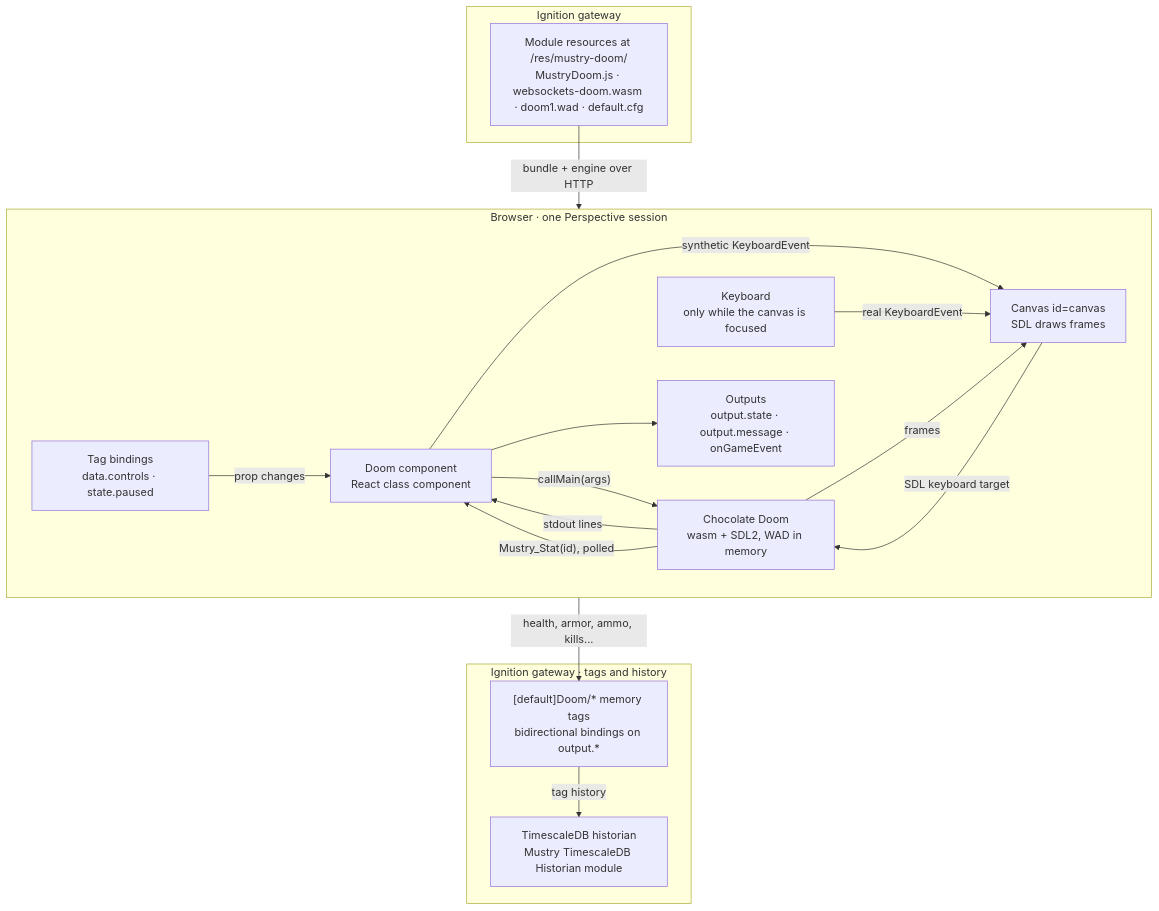
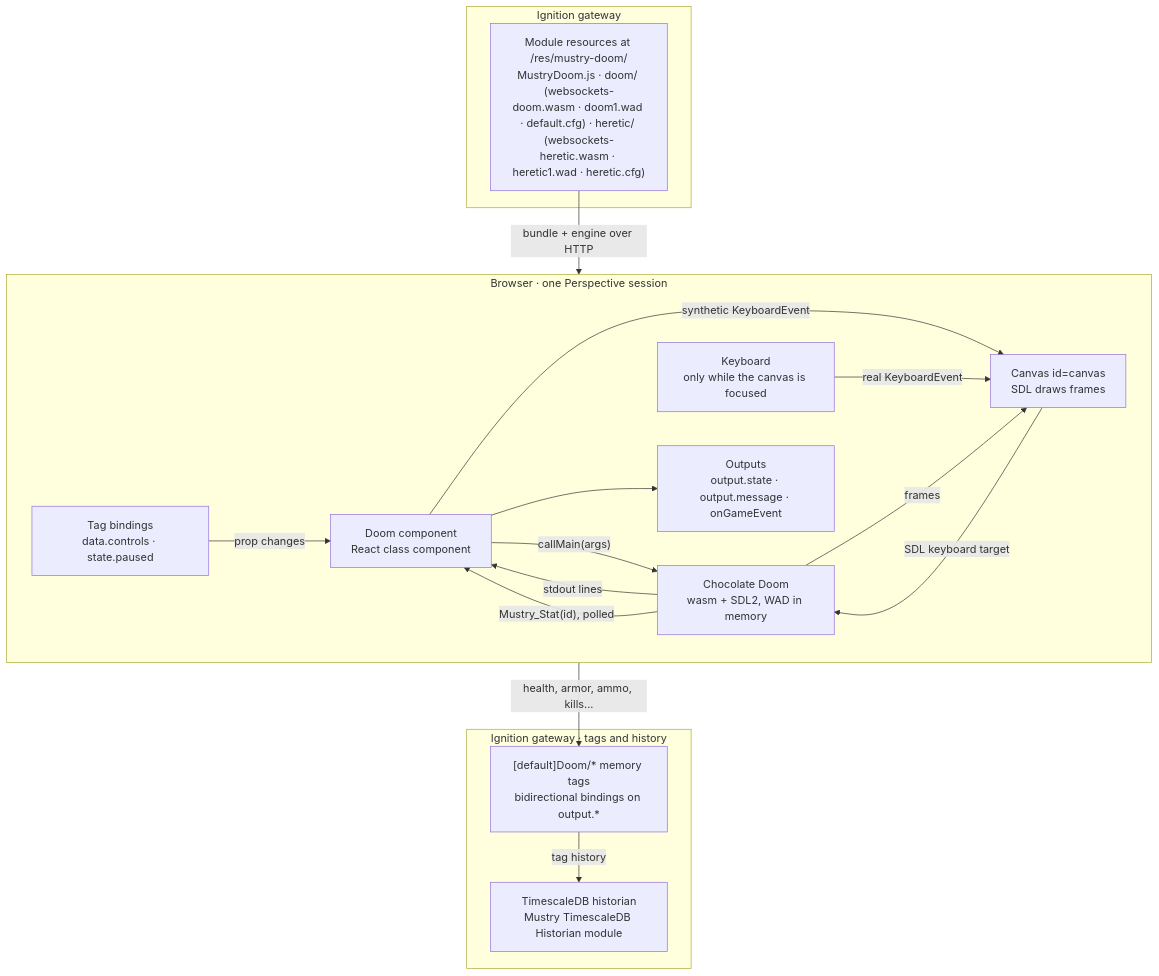
The diagram in docs/reference.md (Mustry-Solutions/ignition-doom-module), drawn with Mermaid before and after one commit. The commit also changed other lines of this file and 27 other files, not shown here.

````diff
--- a/docs/reference.md
+++ b/docs/reference.md
@@ -8,34 +8,34 @@
 ```mermaid
 flowchart TB
     subgraph GW[Ignition gateway]
-        RES["Module resources at /res/mustry-doom/<br/>MustryDoom.js · websockets-doom.wasm · doom1.wad · default.cfg"]
+        RES["Module resources at /res/mustry-doom/<br/>MustryDoom.js · doom/ (websockets-doom.wasm · doom1.wad · default.cfg) · heretic/ (websockets-heretic.wasm · heretic1.wad · heretic.cfg)"]
     end
 
     subgraph BR[Browser · one Perspective session]
         direction LR
         TAGS["Tag bindings<br/>data.controls · state.paused"]
         KEYS["Keyboard<br/>only while the canvas is focused"]
         COMP["Doom component<br/>React class component"]
         OUT["Outputs<br/>output.state · output.message · onGameEvent"]
         ENG["Chocolate Doom<br/>wasm + SDL2, WAD in memory"]
         CANVAS["Canvas id=canvas<br/>SDL draws frames"]
     end
 
     subgraph HIST[Ignition gateway · tags and history]
         TAGSOUT["[default]Doom/* memory tags<br/>bidirectional bindings on output.*"]
         TSDB["TimescaleDB historian<br/>Mustry TimescaleDB Historian module"]
     end
 
     RES -->|bundle + engine over HTTP| COMP
     TAGS -->|prop changes| COMP
     COMP -->|"callMain(args)"| ENG
     COMP -->|synthetic KeyboardEvent| CANVAS
     KEYS -->|real KeyboardEvent| CANVAS
     CANVAS -->|SDL keyboard target| ENG
     ENG -->|frames| CANVAS
     ENG -->|stdout lines| COMP
     ENG -->|"Mustry_Stat(id), polled"| COMP
     COMP --> OUT
     OUT -->|health, armor, ammo, kills...| TAGSOUT
     TAGSOUT -->|tag history| TSDB
 ```
````
